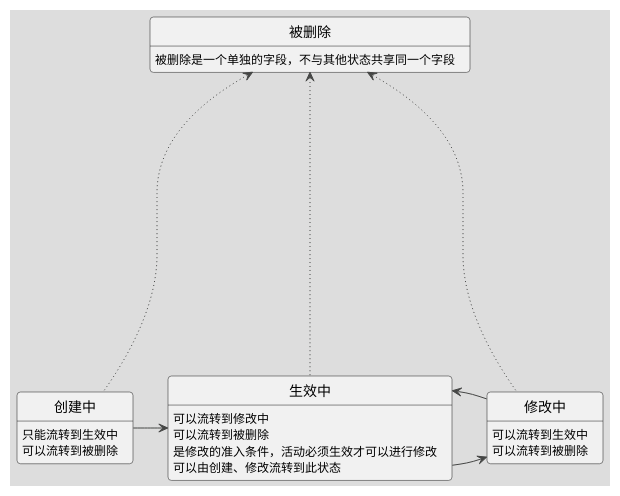
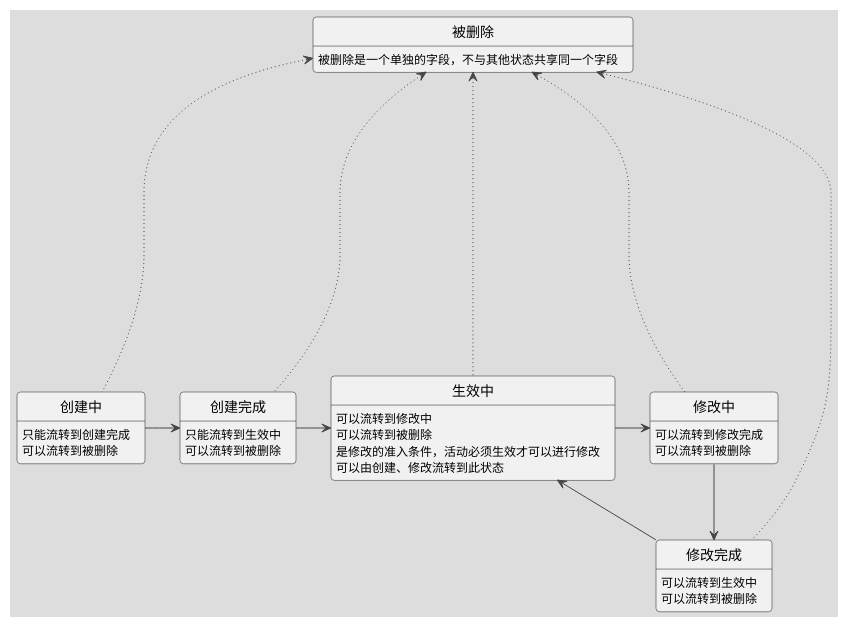
The diagram in src/main/resource/天猫校园/营销/基本框架/天猫校园活动流转图.puml (xauvlove/uml), drawn with PlantUML before and after one commit. The commit also changed 2 other files, not shown here.

```diff
--- a/src/main/resource/天猫校园/营销/基本框架/天猫校园活动流转图.puml
+++ b/src/main/resource/天猫校园/营销/基本框架/天猫校园活动流转图.puml
@@ -1,38 +1,54 @@
 @startuml
 'https://plantuml.com/state-diagram
 !theme toy
 
 skinparam backgroundColor #DDDDDD
 
 hide footbox
 
 state "创建中" as creating
-creating : 只能流转到生效中
+creating : 只能流转到创建完成
 creating : 可以流转到被删除
+
+state "创建完成" as created
+created : 只能流转到生效中
+created : 可以流转到被删除
 
 state "生效中" as running
 running : 可以流转到修改中
 running : 可以流转到被删除
 running : 是修改的准入条件，活动必须生效才可以进行修改
 running : 可以由创建、修改流转到此状态
 
 state "修改中" as updating
-updating : 可以流转到生效中
+updating : 可以流转到修改完成
 updating : 可以流转到被删除
+
+state "修改完成" as updated
+updated : 可以流转到生效中
+updated : 可以流转到被删除
 
 state "被删除" as deleted
 deleted : 被删除是一个单独的字段，不与其他状态共享同一个字段
 
-creating -right-> running
+creating -right-> created
+
+created -right-> running
 
 running -right-> updating
 
-updating -right-> running
+updating -right-> updated
+
+updated -down-> running
 
 creating -----up[dotted]-> deleted
+
+created -----up[dotted]-> deleted
 
 running -----up[dotted]-> deleted
 
 updating -----up[dotted]-> deleted
 
+updated -----up[dotted]-> deleted
+
 @enduml
```
